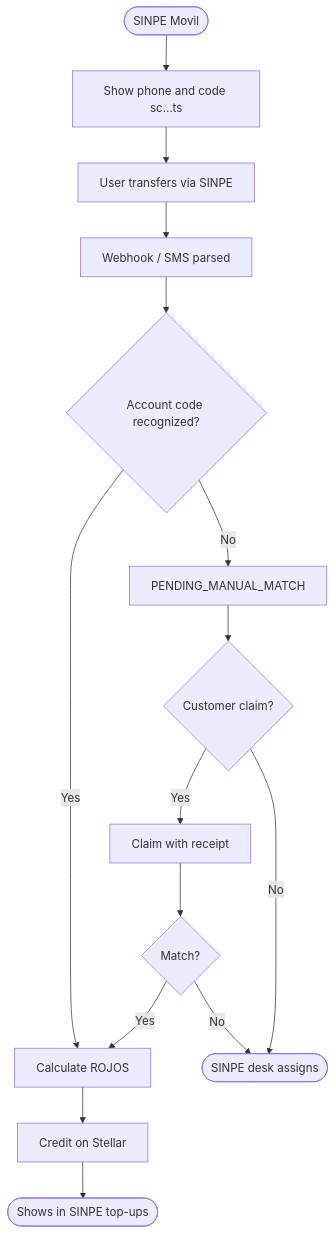
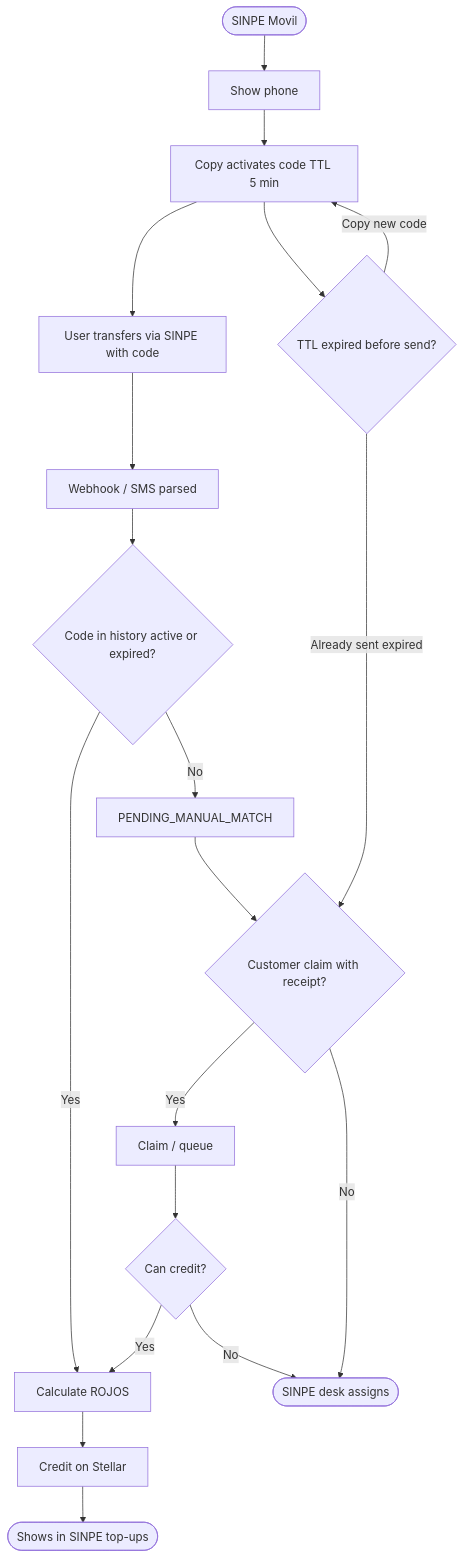
The diagram in docs/flujos/mermaid/11-sinpe-cliente.mmd (Isaac2399/Secretspay-stellar-daap), drawn with Mermaid before and after one commit. The commit also changed 19 other files, not shown here.

```diff
--- a/docs/flujos/mermaid/11-sinpe-cliente.mmd
+++ b/docs/flujos/mermaid/11-sinpe-cliente.mmd
@@ -1,15 +1,19 @@
 flowchart TD
-  A([SINPE Movil]) --> B[Show phone and code sc…ts]
-  B --> C[User transfers via SINPE]
-  C --> D[Webhook / SMS parsed]
-  D --> E{Account code recognized?}
-  E -->|Yes| F[Calculate ROJOS]
-  F --> G[Credit on Stellar]
-  G --> H([Shows in SINPE top-ups])
-  E -->|No| I[PENDING_MANUAL_MATCH]
-  I --> J{Customer claim?}
-  J -->|Yes| K[Claim with receipt]
-  K --> L{Match?}
-  L -->|Yes| F
-  L -->|No| M([SINPE desk assigns])
-  J -->|No| M
+  A([SINPE Movil]) --> B[Show phone]
+  B --> C[Copy activates code TTL 5 min]
+  C --> D[User transfers via SINPE with code]
+  D --> E[Webhook / SMS parsed]
+  E --> F{Code in history active or expired?}
+  F -->|Yes| G[Calculate ROJOS]
+  G --> H[Credit on Stellar]
+  H --> I([Shows in SINPE top-ups])
+  F -->|No| J[PENDING_MANUAL_MATCH]
+  J --> K{Customer claim with receipt?}
+  K -->|Yes| L[Claim / queue]
+  L --> M{Can credit?}
+  M -->|Yes| G
+  M -->|No| N([SINPE desk assigns])
+  K -->|No| N
+  C --> O{TTL expired before send?}
+  O -->|Copy new code| C
+  O -->|Already sent expired| K
```
